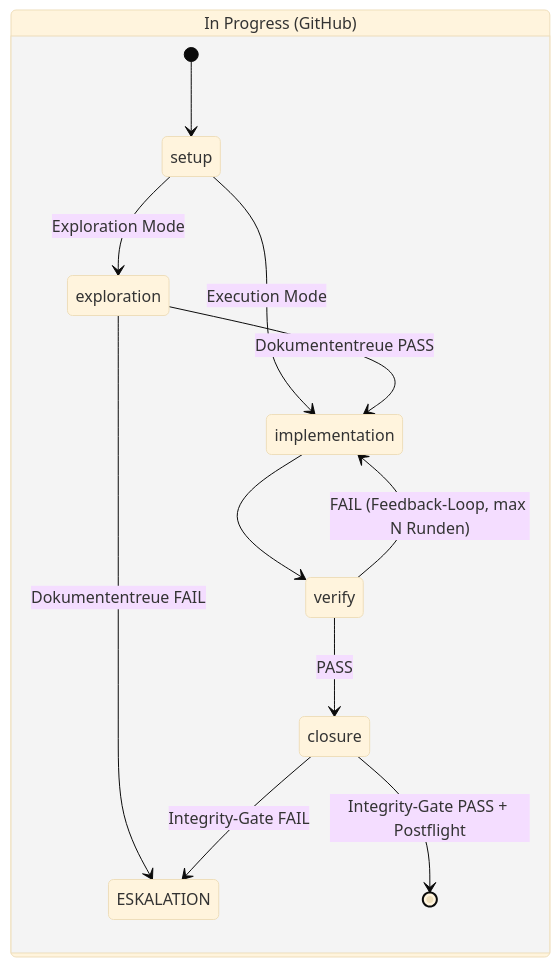
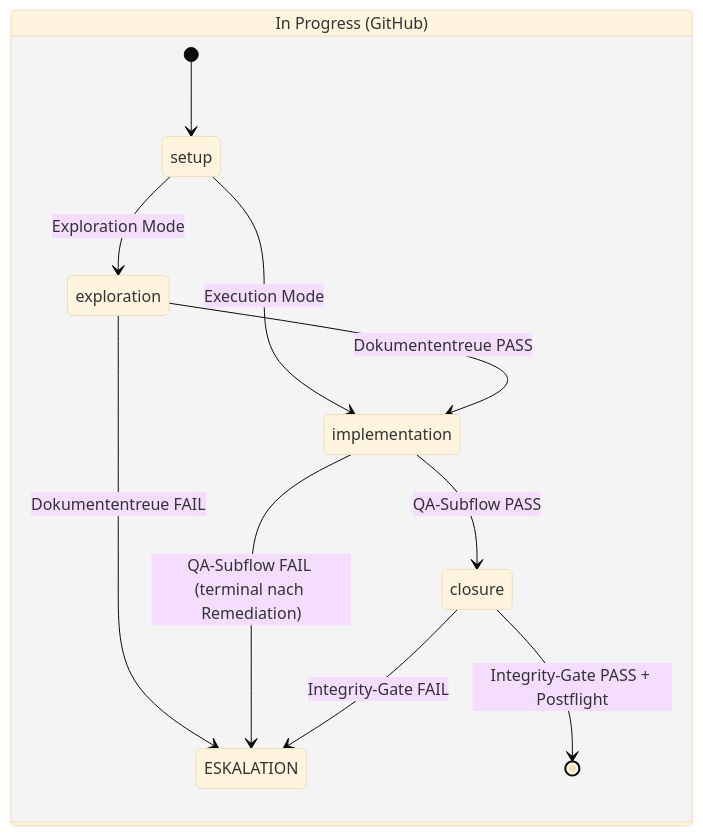
Before and after one commit to saltenhof/claude-agentkit3: the second of 5 diagrams in concept/technical-design/02_domaenenmodell_zustaende_artefakte.md, drawn with Mermaid (base theme). The commit also changed other lines of this file and 26 other files, not shown here.

````diff
--- a/concept/technical-design/02_domaenenmodell_zustaende_artefakte.md
+++ b/concept/technical-design/02_domaenenmodell_zustaende_artefakte.md
@@ -88,15 +88,14 @@
 ```mermaid
 stateDiagram-v2
     state "In Progress (GitHub)" as IP {
         [*] --> setup
         setup --> exploration : Exploration Mode
         setup --> implementation : Execution Mode
         exploration --> implementation : Dokumententreue PASS
         exploration --> ESKALATION : Dokumententreue FAIL
-        implementation --> verify
-        verify --> implementation : FAIL (Feedback-Loop, max N Runden)
-        verify --> closure : PASS
+        implementation --> closure : QA-Subflow PASS
+        implementation --> ESKALATION : QA-Subflow FAIL (terminal nach Remediation)
         closure --> [*] : Integrity-Gate PASS + Postflight
         closure --> ESKALATION : Integrity-Gate FAIL
     }
 ```
````
